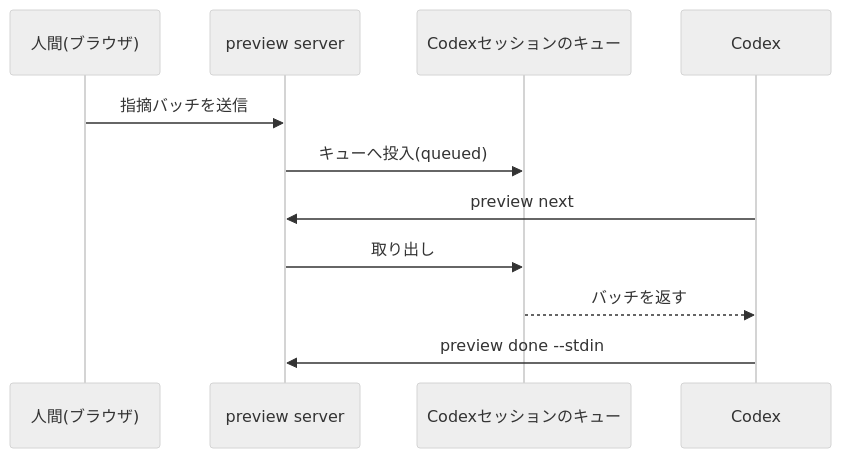
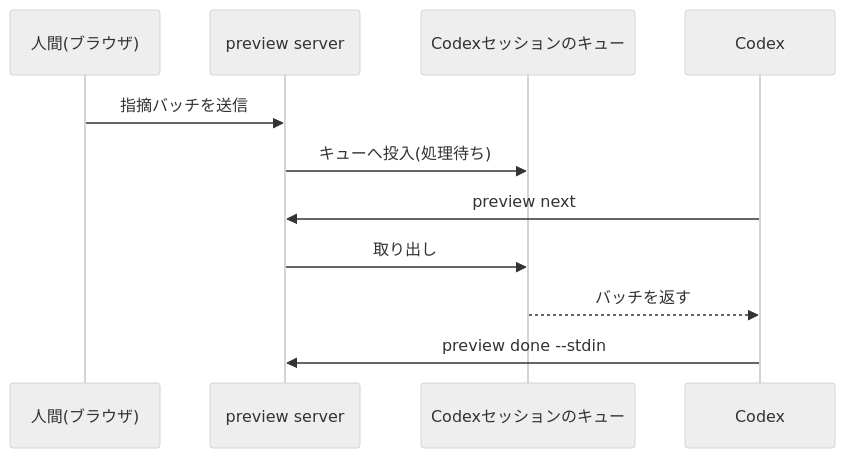
Before and after one commit to coji/zenn-content: the fourth of 5 diagrams in articles/artifactshare-preview-claude-codex-cursor.md, drawn with Mermaid (neutral theme). The commit also changed other lines of this file, not shown here.

Commit message:
Naturalize remaining literal English/jargon per glossary (queued, busy, foreground, ライフサイクル, プロトコル)

````diff
--- a/articles/artifactshare-preview-claude-codex-cursor.md
+++ b/articles/artifactshare-preview-claude-codex-cursor.md
@@ -134,14 +134,14 @@
 ```mermaid
 sequenceDiagram
     participant H as 人間(ブラウザ)
     participant S as preview server
     participant Q as Codexセッションのキュー
     participant X as Codex
 
     H->>S: 指摘バッチを送信
-    S->>Q: キューへ投入(queued)
+    S->>Q: キューへ投入(処理待ち)
     X->>S: preview next
     S->>Q: 取り出し
     Q-->>X: バッチを返す
     X->>S: preview done --stdin
 ```
````
